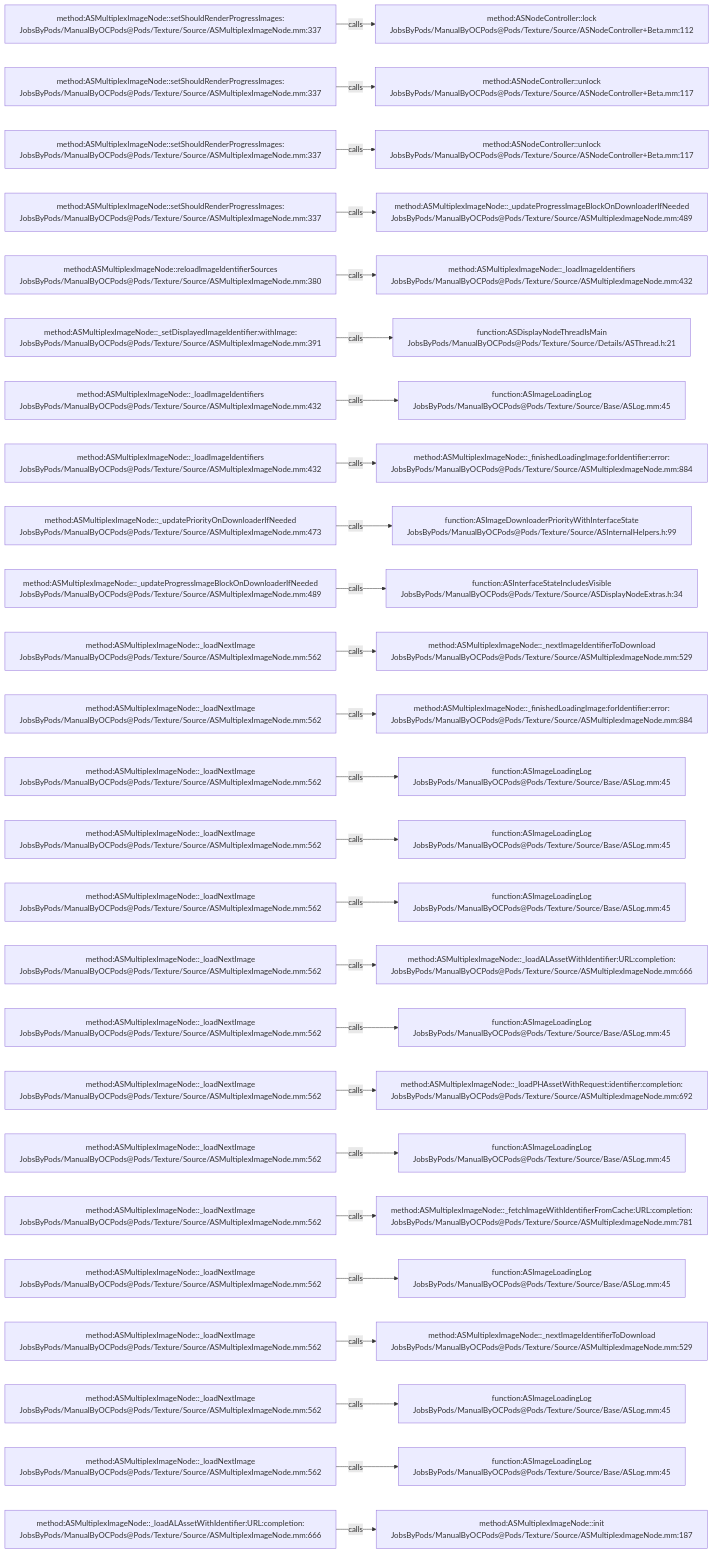
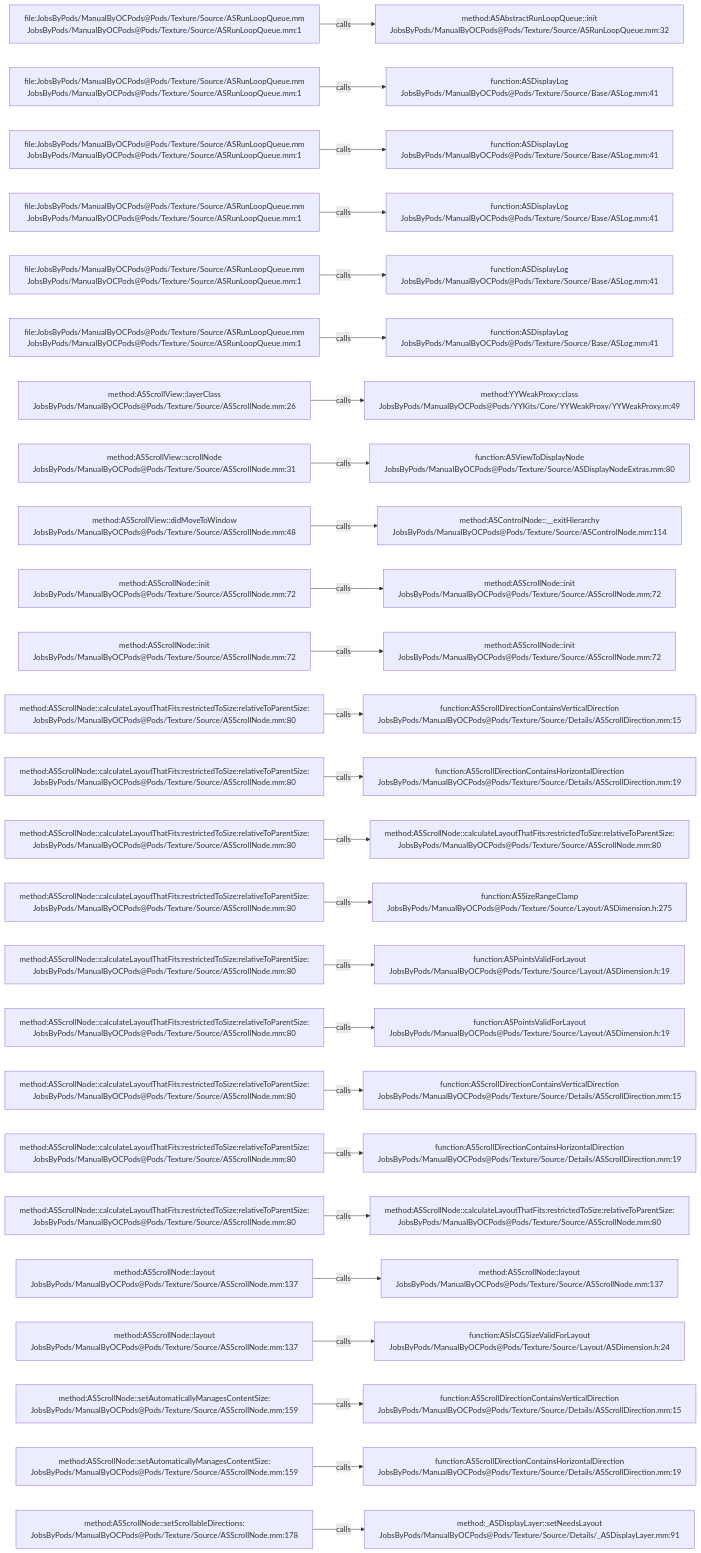
The diagram in .codegraph/codegraph.md/graphs/calls-113.md (JobsKits/JobsOCBaseConfigDemo), drawn with Mermaid before and after one commit. The commit also changed 1448 other files, not shown here.

````diff
--- a/.codegraph/codegraph.md/graphs/calls-113.md
+++ b/.codegraph/codegraph.md/graphs/calls-113.md
@@ -13,78 +13,78 @@
 ```mermaid
 flowchart LR
-  S1["method:ASMultiplexImageNode::setShouldRenderProgressImages:<br/>JobsByPods/ManualByOCPods@Pods/Texture/Source/ASMultiplexImageNode.mm:337"]
-  T1["method:ASNodeController::lock<br/>JobsByPods/ManualByOCPods@Pods/Texture/Source/ASNodeController+Beta.mm:112"]
+  S1["file:JobsByPods/ManualByOCPods@Pods/Texture/Source/ASRunLoopQueue.mm<br/>JobsByPods/ManualByOCPods@Pods/Texture/Source/ASRunLoopQueue.mm:1"]
+  T1["method:ASAbstractRunLoopQueue::init<br/>JobsByPods/ManualByOCPods@Pods/Texture/Source/ASRunLoopQueue.mm:32"]
   S1 -->|calls| T1
-  S2["method:ASMultiplexImageNode::setShouldRenderProgressImages:<br/>JobsByPods/ManualByOCPods@Pods/Texture/Source/ASMultiplexImageNode.mm:337"]
-  T2["method:ASNodeController::unlock<br/>JobsByPods/ManualByOCPods@Pods/Texture/Source/ASNodeController+Beta.mm:117"]
+  S2["file:JobsByPods/ManualByOCPods@Pods/Texture/Source/ASRunLoopQueue.mm<br/>JobsByPods/ManualByOCPods@Pods/Texture/Source/ASRunLoopQueue.mm:1"]
+  T2["function:ASDisplayLog<br/>JobsByPods/ManualByOCPods@Pods/Texture/Source/Base/ASLog.mm:41"]
   S2 -->|calls| T2
-  S3["method:ASMultiplexImageNode::setShouldRenderProgressImages:<br/>JobsByPods/ManualByOCPods@Pods/Texture/Source/ASMultiplexImageNode.mm:337"]
-  T3["method:ASNodeController::unlock<br/>JobsByPods/ManualByOCPods@Pods/Texture/Source/ASNodeController+Beta.mm:117"]
+  S3["file:JobsByPods/ManualByOCPods@Pods/Texture/Source/ASRunLoopQueue.mm<br/>JobsByPods/ManualByOCPods@Pods/Texture/Source/ASRunLoopQueue.mm:1"]
+  T3["function:ASDisplayLog<br/>JobsByPods/ManualByOCPods@Pods/Texture/Source/Base/ASLog.mm:41"]
   S3 -->|calls| T3
-  S4["method:ASMultiplexImageNode::setShouldRenderProgressImages:<br/>JobsByPods/ManualByOCPods@Pods/Texture/Source/ASMultiplexImageNode.mm:337"]
-  T4["method:ASMultiplexImageNode::_updateProgressImageBlockOnDownloaderIfNeeded<br/>JobsByPods/ManualByOCPods@Pods/Texture/Source/ASMultiplexImageNode.mm:489"]
+  S4["file:JobsByPods/ManualByOCPods@Pods/Texture/Source/ASRunLoopQueue.mm<br/>JobsByPods/ManualByOCPods@Pods/Texture/Source/ASRunLoopQueue.mm:1"]
+  T4["function:ASDisplayLog<br/>JobsByPods/ManualByOCPods@Pods/Texture/Source/Base/ASLog.mm:41"]
   S4 -->|calls| T4
-  S5["method:ASMultiplexImageNode::reloadImageIdentifierSources<br/>JobsByPods/ManualByOCPods@Pods/Texture/Source/ASMultiplexImageNode.mm:380"]
-  T5["method:ASMultiplexImageNode::_loadImageIdentifiers<br/>JobsByPods/ManualByOCPods@Pods/Texture/Source/ASMultiplexImageNode.mm:432"]
+  S5["file:JobsByPods/ManualByOCPods@Pods/Texture/Source/ASRunLoopQueue.mm<br/>JobsByPods/ManualByOCPods@Pods/Texture/Source/ASRunLoopQueue.mm:1"]
+  T5["function:ASDisplayLog<br/>JobsByPods/ManualByOCPods@Pods/Texture/Source/Base/ASLog.mm:41"]
   S5 -->|calls| T5
-  S6["method:ASMultiplexImageNode::_setDisplayedImageIdentifier:withImage:<br/>JobsByPods/ManualByOCPods@Pods/Texture/Source/ASMultiplexImageNode.mm:391"]
-  T6["function:ASDisplayNodeThreadIsMain<br/>JobsByPods/ManualByOCPods@Pods/Texture/Source/Details/ASThread.h:21"]
+  S6["file:JobsByPods/ManualByOCPods@Pods/Texture/Source/ASRunLoopQueue.mm<br/>JobsByPods/ManualByOCPods@Pods/Texture/Source/ASRunLoopQueue.mm:1"]
+  T6["function:ASDisplayLog<br/>JobsByPods/ManualByOCPods@Pods/Texture/Source/Base/ASLog.mm:41"]
   S6 -->|calls| T6
-  S7["method:ASMultiplexImageNode::_loadImageIdentifiers<br/>JobsByPods/ManualByOCPods@Pods/Texture/Source/ASMultiplexImageNode.mm:432"]
-  T7["function:ASImageLoadingLog<br/>JobsByPods/ManualByOCPods@Pods/Texture/Source/Base/ASLog.mm:45"]
+  S7["method:ASScrollView::layerClass<br/>JobsByPods/ManualByOCPods@Pods/Texture/Source/ASScrollNode.mm:26"]
+  T7["method:YYWeakProxy::class<br/>JobsByPods/ManualByOCPods@Pods/YYKits/Core/YYWeakProxy/YYWeakProxy.m:49"]
   S7 -->|calls| T7
-  S8["method:ASMultiplexImageNode::_loadImageIdentifiers<br/>JobsByPods/ManualByOCPods@Pods/Texture/Source/ASMultiplexImageNode.mm:432"]
-  T8["method:ASMultiplexImageNode::_finishedLoadingImage:forIdentifier:error:<br/>JobsByPods/ManualByOCPods@Pods/Texture/Source/ASMultiplexImageNode.mm:884"]
+  S8["method:ASScrollView::scrollNode<br/>JobsByPods/ManualByOCPods@Pods/Texture/Source/ASScrollNode.mm:31"]
+  T8["function:ASViewToDisplayNode<br/>JobsByPods/ManualByOCPods@Pods/Texture/Source/ASDisplayNodeExtras.mm:80"]
   S8 -->|calls| T8
-  S9["method:ASMultiplexImageNode::_updatePriorityOnDownloaderIfNeeded<br/>JobsByPods/ManualByOCPods@Pods/Texture/Source/ASMultiplexImageNode.mm:473"]
-  T9["function:ASImageDownloaderPriorityWithInterfaceState<br/>JobsByPods/ManualByOCPods@Pods/Texture/Source/ASInternalHelpers.h:99"]
+  S9["method:ASScrollView::didMoveToWindow<br/>JobsByPods/ManualByOCPods@Pods/Texture/Source/ASScrollNode.mm:48"]
+  T9["method:ASControlNode::__exitHierarchy<br/>JobsByPods/ManualByOCPods@Pods/Texture/Source/ASControlNode.mm:114"]
   S9 -->|calls| T9
-  S10["method:ASMultiplexImageNode::_updateProgressImageBlockOnDownloaderIfNeeded<br/>JobsByPods/ManualByOCPods@Pods/Texture/Source/ASMultiplexImageNode.mm:489"]
-  T10["function:ASInterfaceStateIncludesVisible<br/>JobsByPods/ManualByOCPods@Pods/Texture/Source/ASDisplayNodeExtras.h:34"]
+  S10["method:ASScrollNode::init<br/>JobsByPods/ManualByOCPods@Pods/Texture/Source/ASScrollNode.mm:72"]
+  T10["method:ASScrollNode::init<br/>JobsByPods/ManualByOCPods@Pods/Texture/Source/ASScrollNode.mm:72"]
   S10 -->|calls| T10
-  S11["method:ASMultiplexImageNode::_loadNextImage<br/>JobsByPods/ManualByOCPods@Pods/Texture/Source/ASMultiplexImageNode.mm:562"]
-  T11["method:ASMultiplexImageNode::_nextImageIdentifierToDownload<br/>JobsByPods/ManualByOCPods@Pods/Texture/Source/ASMultiplexImageNode.mm:529"]
+  S11["method:ASScrollNode::init<br/>JobsByPods/ManualByOCPods@Pods/Texture/Source/ASScrollNode.mm:72"]
+  T11["method:ASScrollNode::init<br/>JobsByPods/ManualByOCPods@Pods/Texture/Source/ASScrollNode.mm:72"]
   S11 -->|calls| T11
-  S12["method:ASMultiplexImageNode::_loadNextImage<br/>JobsByPods/ManualByOCPods@Pods/Texture/Source/ASMultiplexImageNode.mm:562"]
-  T12["method:ASMultiplexImageNode::_finishedLoadingImage:forIdentifier:error:<br/>JobsByPods/ManualByOCPods@Pods/Texture/Source/ASMultiplexImageNode.mm:884"]
+  S12["method:ASScrollNode::calculateLayoutThatFits:restrictedToSize:relativeToParentSize:<br/>JobsByPods/ManualByOCPods@Pods/Texture/Source/ASScrollNode.mm:80"]
+  T12["function:ASScrollDirectionContainsVerticalDirection<br/>JobsByPods/ManualByOCPods@Pods/Texture/Source/Details/ASScrollDirection.mm:15"]
   S12 -->|calls| T12
-  S13["method:ASMultiplexImageNode::_loadNextImage<br/>JobsByPods/ManualByOCPods@Pods/Texture/Source/ASMultiplexImageNode.mm:562"]
-  T13["function:ASImageLoadingLog<br/>JobsByPods/ManualByOCPods@Pods/Texture/Source/Base/ASLog.mm:45"]
+  S13["method:ASScrollNode::calculateLayoutThatFits:restrictedToSize:relativeToParentSize:<br/>JobsByPods/ManualByOCPods@Pods/Texture/Source/ASScrollNode.mm:80"]
+  T13["function:ASScrollDirectionContainsHorizontalDirection<br/>JobsByPods/ManualByOCPods@Pods/Texture/Source/Details/ASScrollDirection.mm:19"]
   S13 -->|calls| T13
-  S14["method:ASMultiplexImageNode::_loadNextImage<br/>JobsByPods/ManualByOCPods@Pods/Texture/Source/ASMultiplexImageNode.mm:562"]
-  T14["function:ASImageLoadingLog<br/>JobsByPods/ManualByOCPods@Pods/Texture/Source/Base/ASLog.mm:45"]
+  S14["method:ASScrollNode::calculateLayoutThatFits:restrictedToSize:relativeToParentSize:<br/>JobsByPods/ManualByOCPods@Pods/Texture/Source/ASScrollNode.mm:80"]
+  T14["method:ASScrollNode::calculateLayoutThatFits:restrictedToSize:relativeToParentSize:<br/>JobsByPods/ManualByOCPods@Pods/Texture/Source/ASScrollNode.mm:80"]
   S14 -->|calls| T14
-  S15["method:ASMultiplexImageNode::_loadNextImage<br/>JobsByPods/ManualByOCPods@Pods/Texture/Source/ASMultiplexImageNode.mm:562"]
-  T15["function:ASImageLoadingLog<br/>JobsByPods/ManualByOCPods@Pods/Texture/Source/Base/ASLog.mm:45"]
+  S15["method:ASScrollNode::calculateLayoutThatFits:restrictedToSize:relativeToParentSize:<br/>JobsByPods/ManualByOCPods@Pods/Texture/Source/ASScrollNode.mm:80"]
+  T15["function:ASSizeRangeClamp<br/>JobsByPods/ManualByOCPods@Pods/Texture/Source/Layout/ASDimension.h:275"]
   S15 -->|calls| T15
-  S16["method:ASMultiplexImageNode::_loadNextImage<br/>JobsByPods/ManualByOCPods@Pods/Texture/Source/ASMultiplexImageNode.mm:562"]
-  T16["method:ASMultiplexImageNode::_loadALAssetWithIdentifier:URL:completion:<br/>JobsByPods/ManualByOCPods@Pods/Texture/Source/ASMultiplexImageNode.mm:666"]
+  S16["method:ASScrollNode::calculateLayoutThatFits:restrictedToSize:relativeToParentSize:<br/>JobsByPods/ManualByOCPods@Pods/Texture/Source/ASScrollNode.mm:80"]
+  T16["function:ASPointsValidForLayout<br/>JobsByPods/ManualByOCPods@Pods/Texture/Source/Layout/ASDimension.h:19"]
   S16 -->|calls| T16
-  S17["method:ASMultiplexImageNode::_loadNextImage<br/>JobsByPods/ManualByOCPods@Pods/Texture/Source/ASMultiplexImageNode.mm:562"]
-  T17["function:ASImageLoadingLog<br/>JobsByPods/ManualByOCPods@Pods/Texture/Source/Base/ASLog.mm:45"]
+  S17["method:ASScrollNode::calculateLayoutThatFits:restrictedToSize:relativeToParentSize:<br/>JobsByPods/ManualByOCPods@Pods/Texture/Source/ASScrollNode.mm:80"]
+  T17["function:ASPointsValidForLayout<br/>JobsByPods/ManualByOCPods@Pods/Texture/Source/Layout/ASDimension.h:19"]
   S17 -->|calls| T17
-  S18["method:ASMultiplexImageNode::_loadNextImage<br/>JobsByPods/ManualByOCPods@Pods/Texture/Source/ASMultiplexImageNode.mm:562"]
-  T18["method:ASMultiplexImageNode::_loadPHAssetWithRequest:identifier:completion:<br/>JobsByPods/ManualByOCPods@Pods/Texture/Source/ASMultiplexImageNode.mm:692"]
+  S18["method:ASScrollNode::calculateLayoutThatFits:restrictedToSize:relativeToParentSize:<br/>JobsByPods/ManualByOCPods@Pods/Texture/Source/ASScrollNode.mm:80"]
+  T18["function:ASScrollDirectionContainsVerticalDirection<br/>JobsByPods/ManualByOCPods@Pods/Texture/Source/Details/ASScrollDirection.mm:15"]
   S18 -->|calls| T18
-  S19["method:ASMultiplexImageNode::_loadNextImage<br/>JobsByPods/ManualByOCPods@Pods/Texture/Source/ASMultiplexImageNode.mm:562"]
-  T19["function:ASImageLoadingLog<br/>JobsByPods/ManualByOCPods@Pods/Texture/Source/Base/ASLog.mm:45"]
+  S19["method:ASScrollNode::calculateLayoutThatFits:restrictedToSize:relativeToParentSize:<br/>JobsByPods/ManualByOCPods@Pods/Texture/Source/ASScrollNode.mm:80"]
+  T19["function:ASScrollDirectionContainsHorizontalDirection<br/>JobsByPods/ManualByOCPods@Pods/Texture/Source/Details/ASScrollDirection.mm:19"]
   S19 -->|calls| T19
-  S20["method:ASMultiplexImageNode::_loadNextImage<br/>JobsByPods/ManualByOCPods@Pods/Texture/Source/ASMultiplexImageNode.mm:562"]
-  T20["method:ASMultiplexImageNode::_fetchImageWithIdentifierFromCache:URL:completion:<br/>JobsByPods/ManualByOCPods@Pods/Texture/Source/ASMultiplexImageNode.mm:781"]
+  S20["method:ASScrollNode::calculateLayoutThatFits:restrictedToSize:relativeToParentSize:<br/>JobsByPods/ManualByOCPods@Pods/Texture/Source/ASScrollNode.mm:80"]
+  T20["method:ASScrollNode::calculateLayoutThatFits:restrictedToSize:relativeToParentSize:<br/>JobsByPods/ManualByOCPods@Pods/Texture/Source/ASScrollNode.mm:80"]
   S20 -->|calls| T20
-  S21["method:ASMultiplexImageNode::_loadNextImage<br/>JobsByPods/ManualByOCPods@Pods/Texture/Source/ASMultiplexImageNode.mm:562"]
-  T21["function:ASImageLoadingLog<br/>JobsByPods/ManualByOCPods@Pods/Texture/Source/Base/ASLog.mm:45"]
+  S21["method:ASScrollNode::layout<br/>JobsByPods/ManualByOCPods@Pods/Texture/Source/ASScrollNode.mm:137"]
+  T21["method:ASScrollNode::layout<br/>JobsByPods/ManualByOCPods@Pods/Texture/Source/ASScrollNode.mm:137"]
   S21 -->|calls| T21
-  S22["method:ASMultiplexImageNode::_loadNextImage<br/>JobsByPods/ManualByOCPods@Pods/Texture/Source/ASMultiplexImageNode.mm:562"]
-  T22["method:ASMultiplexImageNode::_nextImageIdentifierToDownload<br/>JobsByPods/ManualByOCPods@Pods/Texture/Source/ASMultiplexImageNode.mm:529"]
+  S22["method:ASScrollNode::layout<br/>JobsByPods/ManualByOCPods@Pods/Texture/Source/ASScrollNode.mm:137"]
+  T22["function:ASIsCGSizeValidForLayout<br/>JobsByPods/ManualByOCPods@Pods/Texture/Source/Layout/ASDimension.h:24"]
   S22 -->|calls| T22
-  S23["method:ASMultiplexImageNode::_loadNextImage<br/>JobsByPods/ManualByOCPods@Pods/Texture/Source/ASMultiplexImageNode.mm:562"]
-  T23["function:ASImageLoadingLog<br/>JobsByPods/ManualByOCPods@Pods/Texture/Source/Base/ASLog.mm:45"]
+  S23["method:ASScrollNode::setAutomaticallyManagesContentSize:<br/>JobsByPods/ManualByOCPods@Pods/Texture/Source/ASScrollNode.mm:159"]
+  T23["function:ASScrollDirectionContainsVerticalDirection<br/>JobsByPods/ManualByOCPods@Pods/Texture/Source/Details/ASScrollDirection.mm:15"]
   S23 -->|calls| T23
-  S24["method:ASMultiplexImageNode::_loadNextImage<br/>JobsByPods/ManualByOCPods@Pods/Texture/Source/ASMultiplexImageNode.mm:562"]
-  T24["function:ASImageLoadingLog<br/>JobsByPods/ManualByOCPods@Pods/Texture/Source/Base/ASLog.mm:45"]
+  S24["method:ASScrollNode::setAutomaticallyManagesContentSize:<br/>JobsByPods/ManualByOCPods@Pods/Texture/Source/ASScrollNode.mm:159"]
+  T24["function:ASScrollDirectionContainsHorizontalDirection<br/>JobsByPods/ManualByOCPods@Pods/Texture/Source/Details/ASScrollDirection.mm:19"]
   S24 -->|calls| T24
-  S25["method:ASMultiplexImageNode::_loadALAssetWithIdentifier:URL:completion:<br/>JobsByPods/ManualByOCPods@Pods/Texture/Source/ASMultiplexImageNode.mm:666"]
-  T25["method:ASMultiplexImageNode::init<br/>JobsByPods/ManualByOCPods@Pods/Texture/Source/ASMultiplexImageNode.mm:187"]
+  S25["method:ASScrollNode::setScrollableDirections:<br/>JobsByPods/ManualByOCPods@Pods/Texture/Source/ASScrollNode.mm:178"]
+  T25["method:_ASDisplayLayer::setNeedsLayout<br/>JobsByPods/ManualByOCPods@Pods/Texture/Source/Details/_ASDisplayLayer.mm:91"]
   S25 -->|calls| T25
 ```
````
